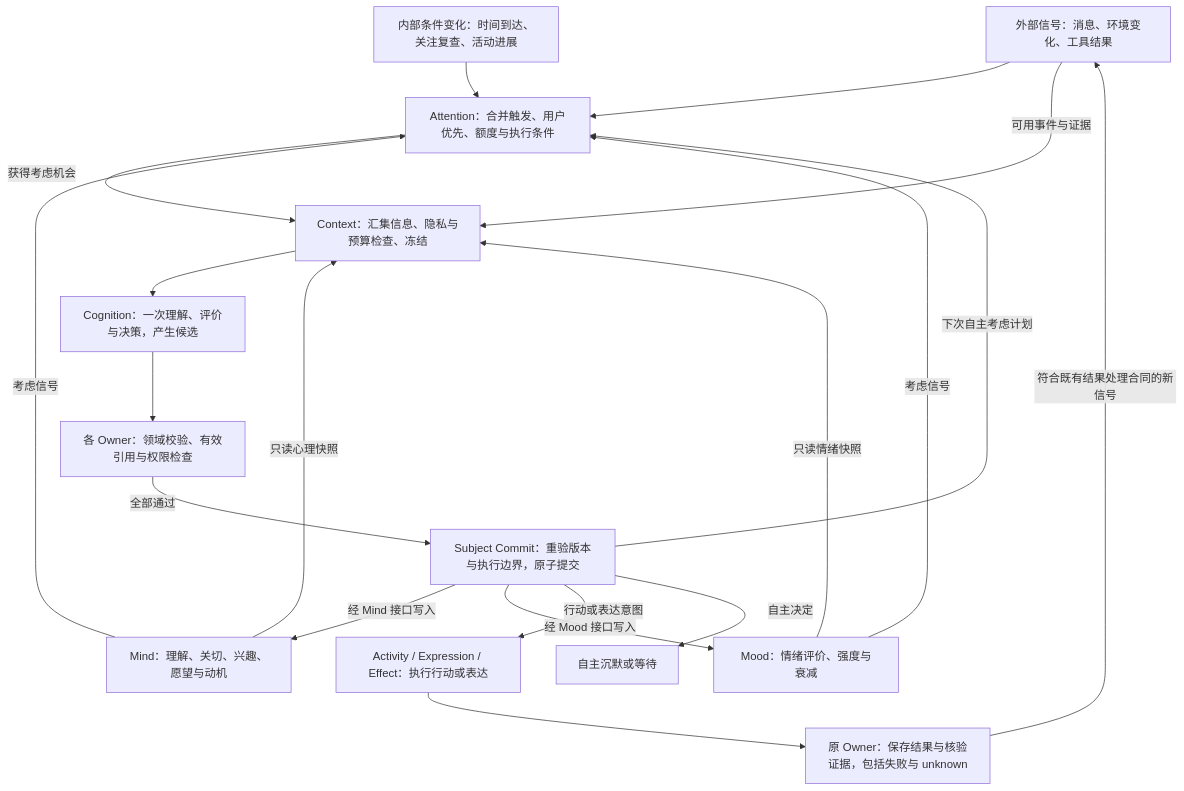
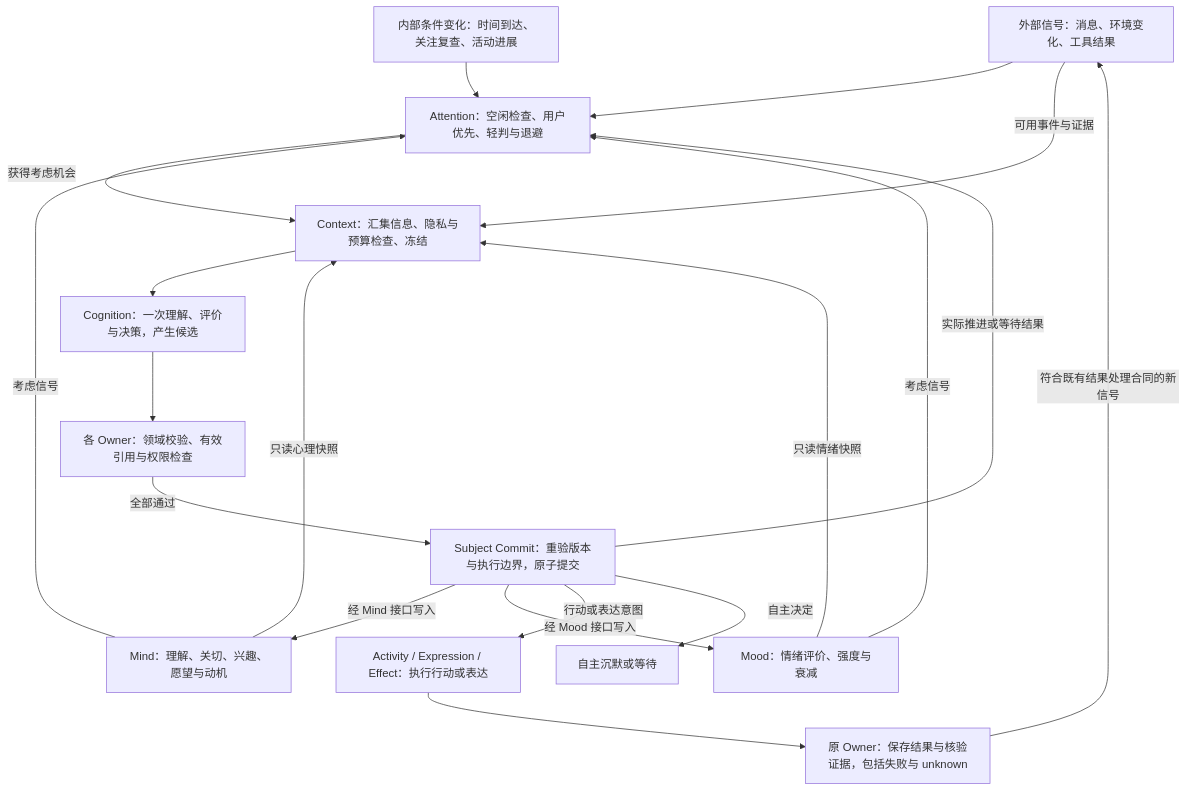
The diagram in DESIGN.md (YifeiLi99/ARMI), drawn with Mermaid before and after one commit. The commit also changed other lines of this file and 115 other files, not shown here.

````diff
--- a/DESIGN.md
+++ b/DESIGN.md
@@ -297,33 +311,33 @@
 ```mermaid
 flowchart TD
     E["外部信号：消息、环境变化、工具结果"]
     T["内部条件变化：时间到达、关注复查、活动进展"]
-    A["Attention：合并触发、用户优先、额度与执行条件"]
+    A["Attention：空闲检查、用户优先、轻判与退避"]
     X["Context：汇集信息、隐私与预算检查、冻结"]
     C["Cognition：一次理解、评价与决策，产生候选"]
     M["Mind：理解、关切、兴趣、愿望与动机"]
     O["Mood：情绪评价、强度与衰减"]
     V["各 Owner：领域校验、有效引用与权限检查"]
     S["Subject Commit：重验版本与执行边界，原子提交"]
     F["Activity / Expression / Effect：执行行动或表达"]
     R["原 Owner：保存结果与核验证据，包括失败与 unknown"]
     N["自主沉默或等待"]
     E --> A
     T --> A
     M -->|考虑信号| A
     O -->|考虑信号| A
     A -->|获得考虑机会| X
     E -->|可用事件与证据| X
     M -->|只读心理快照| X
     O -->|只读情绪快照| X
     X --> C
     C --> V
     V -->|全部通过| S
     S -->|经 Mind 接口写入| M
     S -->|经 Mood 接口写入| O
-    S -->|下次自主考虑计划| A
+    S -->|实际推进或等待结果| A
     S -->|行动或表达意图| F
     S -->|自主决定| N
     F --> R
     R -->|符合既有结果处理合同的新信号| E
 ```
````
